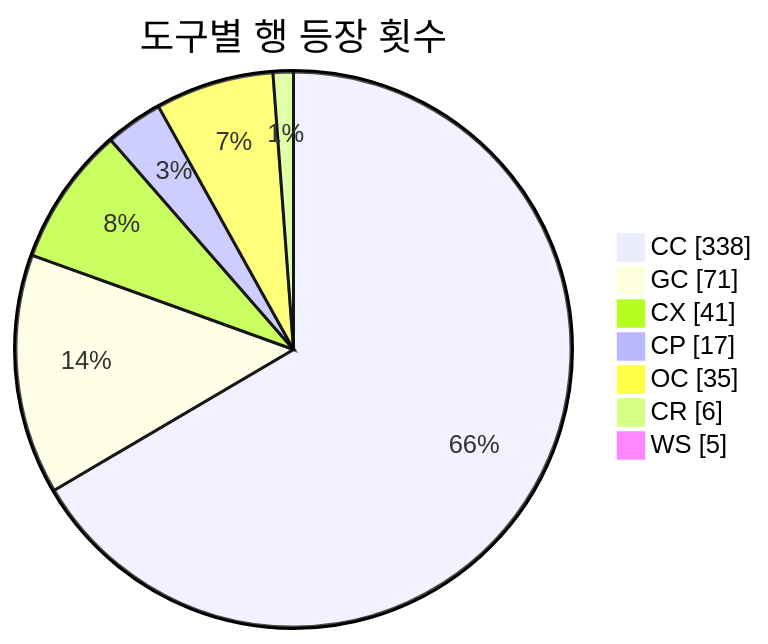
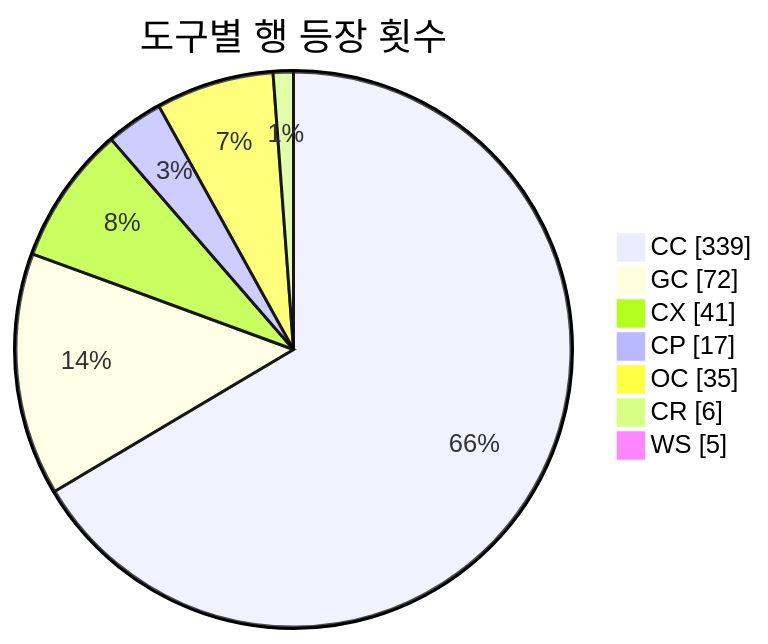
The second of 3 diagrams in README.md (J-nowcow/awesome-korean-agent-skills), drawn with Mermaid before and after one commit. The commit also changed other lines of this file and 5 other files, not shown here.

````diff
--- a/README.md
+++ b/README.md
@@ -193,11 +193,11 @@
 ```mermaid
 pie showData
     title 도구별 행 등장 횟수
-    "CC" : 338
-    "GC" : 71
+    "CC" : 339
+    "GC" : 72
     "CX" : 41
     "CP" : 17
     "OC" : 35
     "CR" : 6
     "WS" : 5
 ```
````
